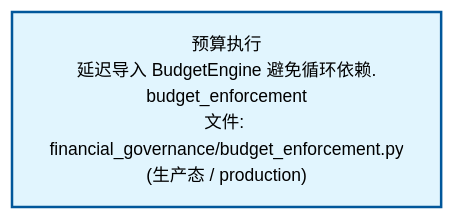
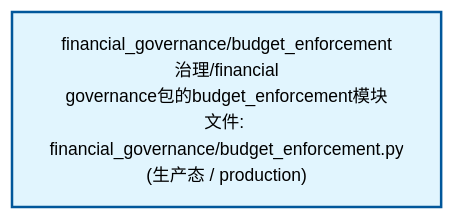
Before and after one commit to xuanFelixVan/ZephyrAlpha: the second of 3 diagrams in docs/02_enterprise_architecture/02_domain_architecture_docs/54_d_gov_repair.md, drawn with Mermaid. The commit also changed other lines of this file and 58 other files, not shown here.

````diff
--- a/docs/02_enterprise_architecture/02_domain_architecture_docs/54_d_gov_repair.md
+++ b/docs/02_enterprise_architecture/02_domain_architecture_docs/54_d_gov_repair.md
@@ -85,10 +85,10 @@
 ```mermaid
 %%{init: {'theme': 'base', 'themeVariables': {'primaryColor': '#eaeaea', 'primaryTextColor': '#333333', 'primaryBorderColor': '#666666', 'lineColor': '#666666', 'secondaryColor': '#eaeaea', 'tertiaryColor': '#eaeaea', 'fontSize': '14px'}}}%%
 flowchart TD
-    src_zephyr_governance_financial_governance_budget_enforcement_py["预算执行<br/>延迟导入 BudgetEngine 避免循环依赖.<br/>budget_enforcement<br/>文件: financial_governance/budget_enforcement.py<br/>(生产态 / production)"]
+    src_zephyr_governance_financial_governance_budget_enforcement_py["financial_governance/budget_enforcement<br/>治理/financial<br/>governance包的budget_enforcement模块<br/>文件: financial_governance/budget_enforcement.py<br/>(生产态 / production)"]
     classDef production fill:#e1f5fe,stroke:#01579b,stroke-width:2px,color:#000
     classDef design fill:#fff3e0,stroke:#e65100,stroke-width:2px,color:#000,stroke-dasharray: 5 5
     classDef external_prod fill:#e8f4fd,stroke:#0277bd,stroke-width:1px,color:#000
     classDef external_design fill:#fff8e7,stroke:#ef6c00,stroke-width:1px,color:#000,stroke-dasharray: 5 5
     class src_zephyr_governance_financial_governance_budget_enforcement_py production
 ```
````
